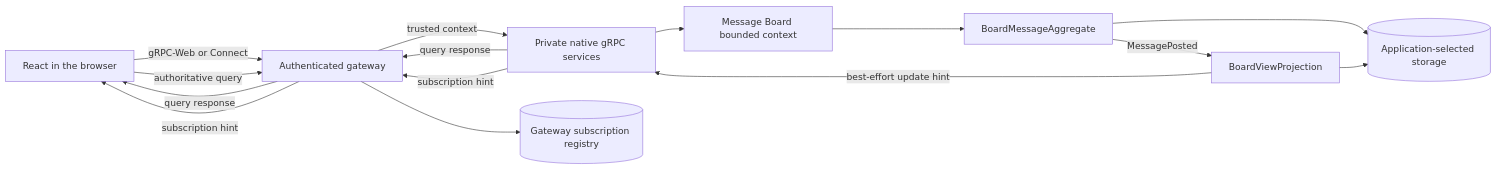
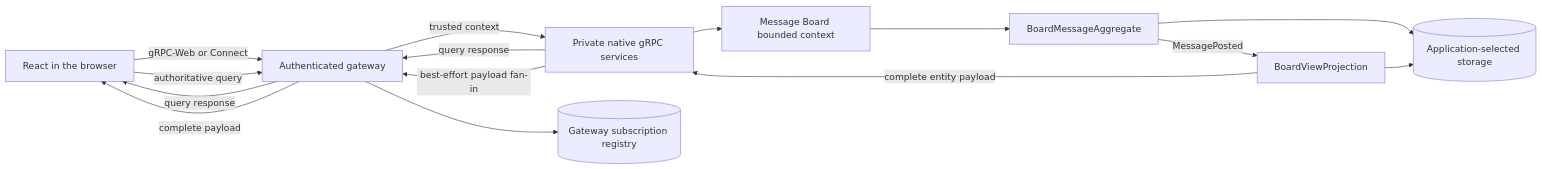
Before and after one commit to SpineEventEngine/spine-ts: the first of 2 diagrams in examples/message-board/README.md, drawn with Mermaid. The commit also changed other lines of this file and 3 other files, not shown here.

````diff
--- a/examples/message-board/README.md
+++ b/examples/message-board/README.md
@@ -55,17 +55,17 @@
 ```mermaid
 flowchart LR
   React[React in the browser] -->|gRPC-Web or Connect| Gateway[Authenticated gateway]
   Gateway -->|trusted context| Native[Private native gRPC services]
   Native --> Context[Message Board bounded context]
   Context --> Aggregate[BoardMessageAggregate]
   Aggregate -->|MessagePosted| Projection[BoardViewProjection]
   Aggregate --> Storage[(Application-selected storage)]
   Projection --> Storage
   Gateway --> Registry[(Gateway subscription registry)]
   React -->|authoritative query| Gateway
   Native -->|query response| Gateway
   Gateway -->|query response| React
-  Projection -->|best-effort update hint| Native
-  Native -->|subscription hint| Gateway
-  Gateway -->|subscription hint| React
+  Projection -->|complete entity payload| Native
+  Native -->|best-effort payload fan-in| Gateway
+  Gateway -->|complete payload| React
 ```
````
